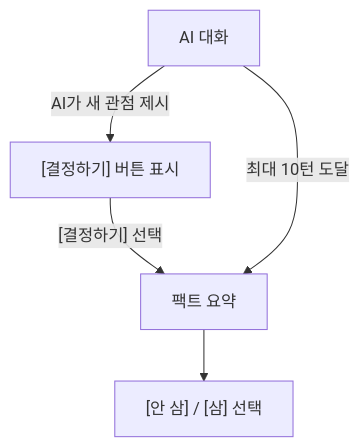
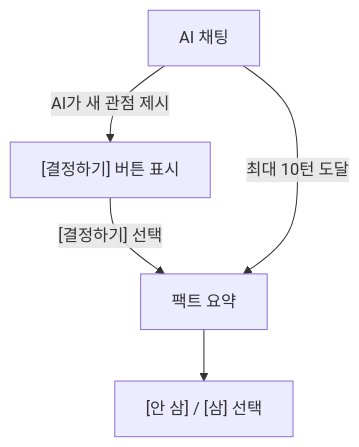
Before and after one commit to web-ppu/cooling-off: the second of 2 diagrams in docs/design/screen-spec.md, drawn with Mermaid. The commit also changed other lines of this file and 7 other files, not shown here.

````diff
--- a/docs/design/screen-spec.md
+++ b/docs/design/screen-spec.md
@@ -62,7 +62,7 @@
 ```mermaid
 flowchart TD
-  Chat["AI 대화"] -->|"AI가 새 관점 제시"| CanDecide["[결정하기] 버튼 표시"]
-  CanDecide -->|"[결정하기] 선택"| Summary["팩트 요약"]
+  Chat["AI 채팅"] -->|"AI가 새 관점 제시"| CanChoose["[결정하기] 버튼 표시"]
+  CanChoose -->|"[결정하기] 선택"| Summary["팩트 요약"]
   Chat -->|"최대 10턴 도달"| Summary
   Summary --> Choice["[안 삼] / [삼] 선택"]
 ```
````
